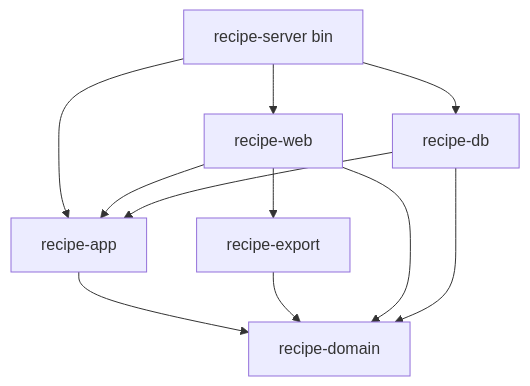
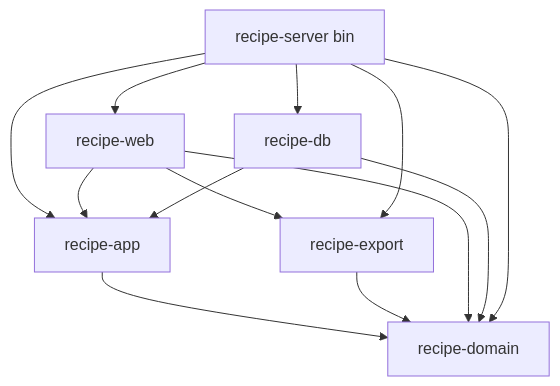
One commit to rtmachines/editor-web-cc changed the fourth of 4 diagrams in docs/architecture/overview.md. Above: the diagram before and after it, drawn with Mermaid. The commit also changed other lines of this file and 16 other files, not shown here.

````diff
--- a/docs/architecture/overview.md
+++ b/docs/architecture/overview.md
@@ -99,13 +99,15 @@
 ```mermaid
 flowchart TD
     server[recipe-server bin] --> web[recipe-web]
     server --> db[recipe-db]
     server --> app[recipe-app]
     web --> app
     web --> export[recipe-export]
     db --> app
     app --> domain[recipe-domain]
     export --> domain
     web --> domain
     db --> domain
+    server --> domain
+    server --> export
 ```
````
